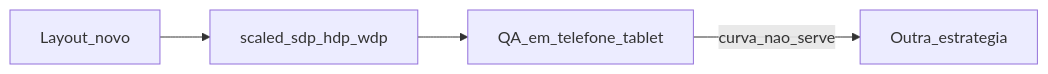
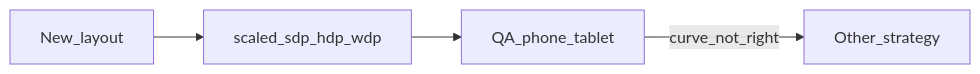
The diagram in DOCUMENTATION/README.md (bodenberg/appdimens-dynamic), drawn with Mermaid before and after one commit. The commit also changed other lines of this file and 15 other files, not shown here.

````diff
--- a/DOCUMENTATION/README.md
+++ b/DOCUMENTATION/README.md
@@ -45,10 +45,10 @@
 ```mermaid
 flowchart LR
-  start[Layout_novo]
+  start[New_layout]
   scaled[scaled_sdp_hdp_wdp]
-  qa[QA_em_telefone_tablet]
-  other[Outra_estrategia]
+  qa[QA_phone_tablet]
+  other[Other_strategy]
   start --> scaled
   scaled --> qa
-  qa -->|curva_nao_serve| other
+  qa -->|curve_not_right| other
 ```
````
